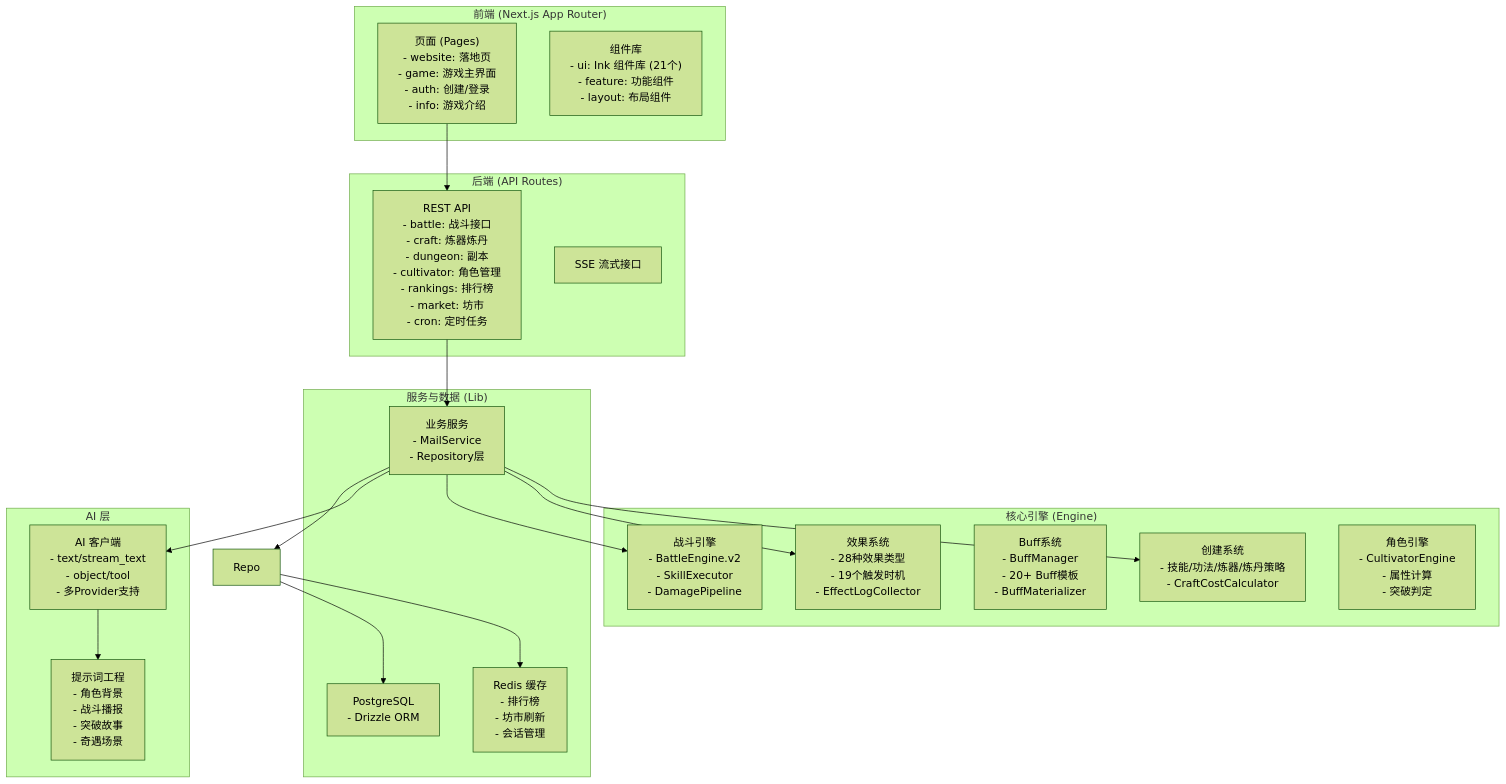
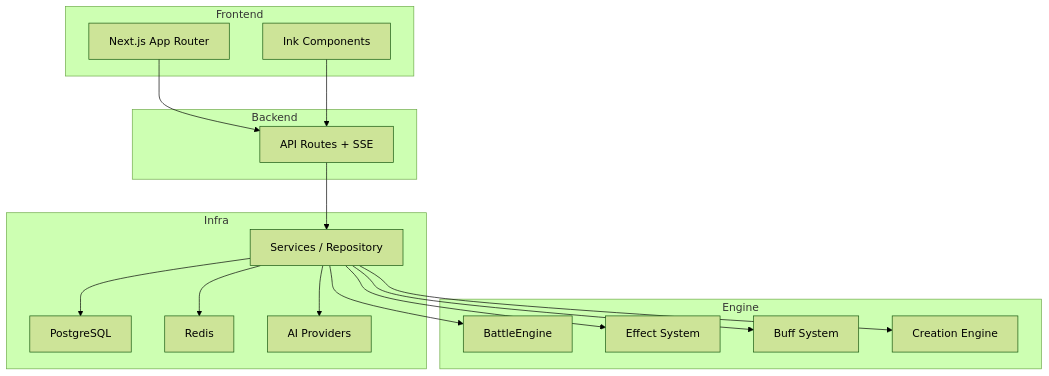
Before and after one commit to ChurchTao/Daoyou: the diagram in README.md, drawn with Mermaid (forest theme). The commit also changed other lines of this file, not shown here.

````diff
--- a/README.md
+++ b/README.md
@@ -181,83 +197,36 @@
 ```mermaid
 graph TB
-subgraph "前端 (Next.js App Router)"
-Pages["页面 (Pages)
-- website: 落地页
-- game: 游戏主界面
-- auth: 创建/登录
-- info: 游戏介绍"]
-Components["组件库
-- ui: Ink 组件库 (21个)
-- feature: 功能组件
-- layout: 布局组件"]
+subgraph "Frontend"
+Pages["Next.js App Router"]
+UI["Ink Components"]
 end
 
-subgraph "后端 (API Routes)"
-API["REST API
-- battle: 战斗接口
-- craft: 炼器炼丹
-- dungeon: 副本
-- cultivator: 角色管理
-- rankings: 排行榜
-- market: 坊市
-- cron: 定时任务"]
-SSE["SSE 流式接口"]
+subgraph "Backend"
+API["API Routes + SSE"]
 end
 
-subgraph "核心引擎 (Engine)"
-BattleEng["战斗引擎
-- BattleEngine.v2
-- SkillExecutor
-- DamagePipeline"]
-EffectEng["效果系统
-- 28种效果类型
-- 19个触发时机
-- EffectLogCollector"]
-BuffSys["Buff系统
-- BuffManager
-- 20+ Buff模板
-- BuffMaterializer"]
-CreationEng["创建系统
-- 技能/功法/炼器/炼丹策略
-- CraftCostCalculator"]
-CharEng["角色引擎
-- CultivatorEngine
-- 属性计算
-- 突破判定"]
+subgraph "Engine"
+Battle["BattleEngine"]
+Effect["Effect System"]
+Buff["Buff System"]
+Creation["Creation Engine"]
 end
 
-subgraph "服务与数据 (Lib)"
-Services["业务服务
-- MailService
-- Repository层"]
-Redis["Redis 缓存
-- 排行榜
-- 坊市刷新
-- 会话管理"]
-DB["PostgreSQL
-- Drizzle ORM"]
-end
-
-subgraph "AI 层"
-AIClient["AI 客户端
-- text/stream_text
-- object/tool
-- 多Provider支持"]
-Prompts["提示词工程
-- 角色背景
-- 战斗播报
-- 突破故事
-- 奇遇场景"]
+subgraph "Infra"
+Svc["Services / Repository"]
+PG["PostgreSQL"]
+Redis["Redis"]
+AI["AI Providers"]
 end
 
 Pages --> API
-API --> Services
-Services --> Repo
-Services --> AIClient
-Services --> BattleEng
-Services --> EffectEng
-Services --> CreationEng
-Repo --> DB
-Repo --> Redis
-AIClient --> Prompts
+UI --> API
+API --> Svc
+Svc --> Battle
+Svc --> Effect
+Svc --> Buff
+Svc --> Creation
+Svc --> PG
+Svc --> Redis
+Svc --> AI
 ```
````
